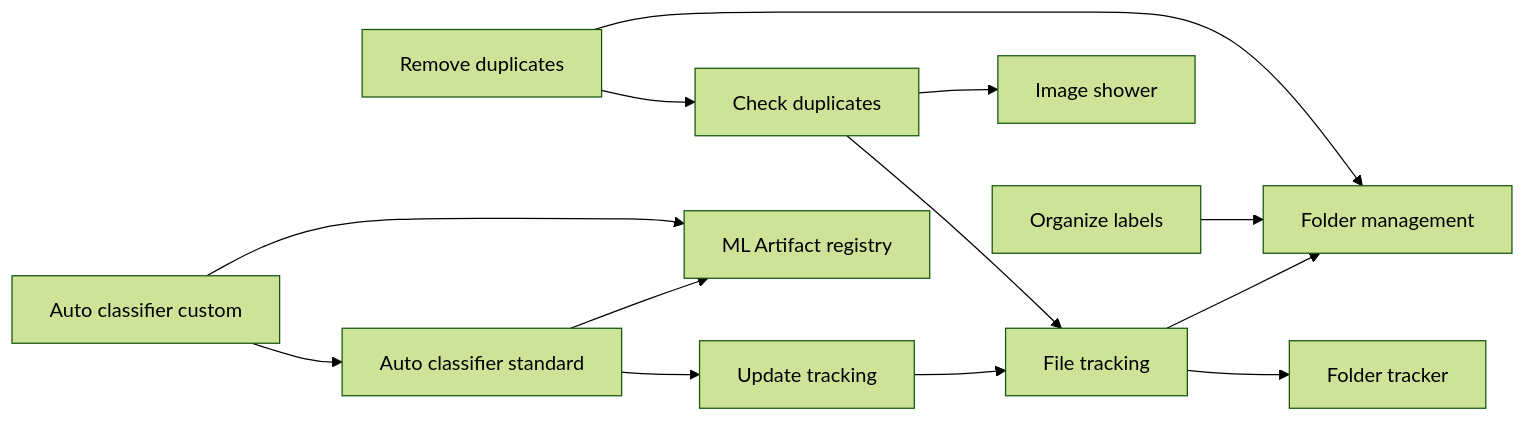
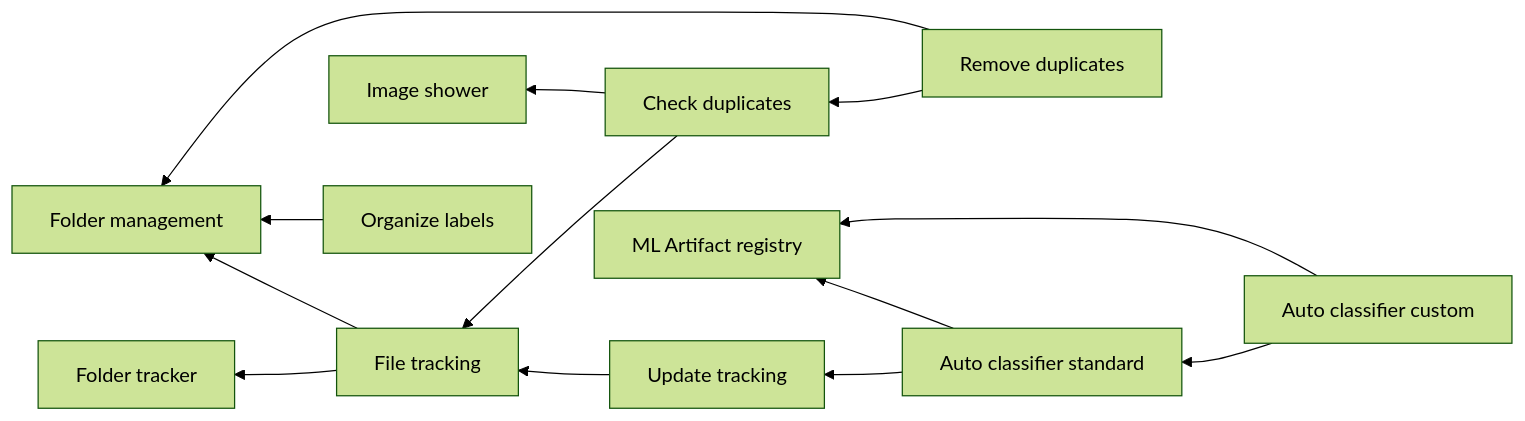
One commit to AlexMilanor/imgFolder_tools changed the diagram in doc/roadmap.md. Above: the diagram before and after it, drawn with Mermaid (forest theme).

Commit message:
chore: Bettering mermaid flowchart in roadmap

````diff
--- a/doc/roadmap.md
+++ b/doc/roadmap.md
@@ -41,15 +41,15 @@
 ```mermaid
-graph LR;
+graph RL;
     FiT[File tracking] --> FoT[Folder tracker];
     Up[Update tracking] --> FiT;
     Cd[Check duplicates] --> FiT;
     Cd --> Is[Image shower];
     Rd[Remove duplicates] --> Cd;
     Rd --> Fm[Folder management];
     FiT --> Fm;
     Ol[Organize labels] --> Fm;
     AutoS[Auto classifier standard] --> Up;
     AutoC[Auto classifier custom] --> AutoS;
     AutoS --> Reg[ML Artifact registry];
     AutoC --> Reg;
 ```
````
